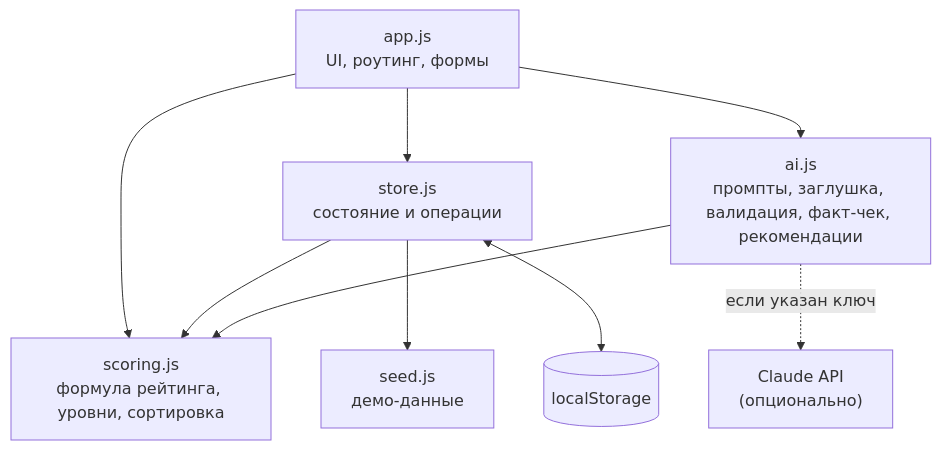
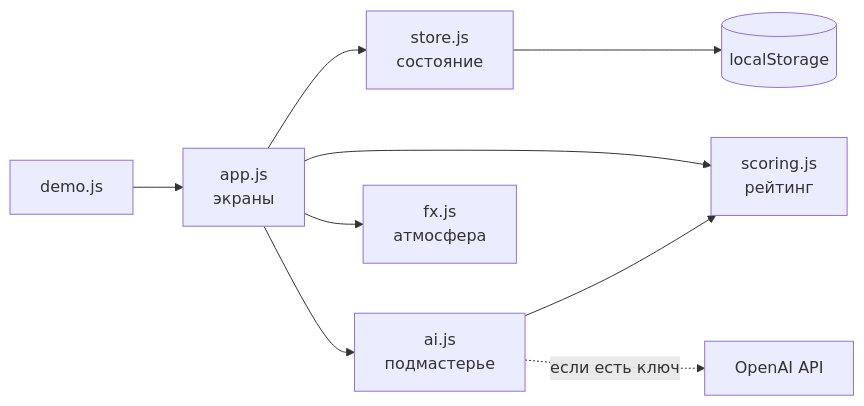
The diagram in README.md (BAITC-Hacks/hack-e3809f66-jasai), drawn with Mermaid before and after one commit. The commit also changed other lines of this file and 2 other files, not shown here.

````diff
--- a/README.md
+++ b/README.md
@@ -123,19 +66,11 @@
 ```mermaid
-flowchart TB
-    UI["app.js<br/>UI, роутинг, формы"]
-    Store["store.js<br/>состояние и операции"]
-    Scoring["scoring.js<br/>формула рейтинга, уровни, сортировка"]
-    AI["ai.js<br/>промпты, заглушка, валидация, факт-чек, рекомендации"]
-    Seed["seed.js<br/>демо-данные"]
-    LS[("localStorage")]
-    Claude["Claude API<br/>(опционально)"]
-
-    UI --> Store
-    UI --> Scoring
-    UI --> AI
-    Store --> Scoring
-    Store --> Seed
-    Store <--> LS
+flowchart LR
+    UI[app.js<br/>экраны] --> Store[store.js<br/>состояние]
+    UI --> Scoring[scoring.js<br/>рейтинг]
+    UI --> AI[ai.js<br/>подмастерье]
+    UI --> FX[fx.js<br/>атмосфера]
+    Demo[demo.js] --> UI
+    Store --> LS[(localStorage)]
+    AI -.->|если есть ключ| OpenAI[OpenAI API]
     AI --> Scoring
-    AI -.->|если указан ключ| Claude
 ```
````
